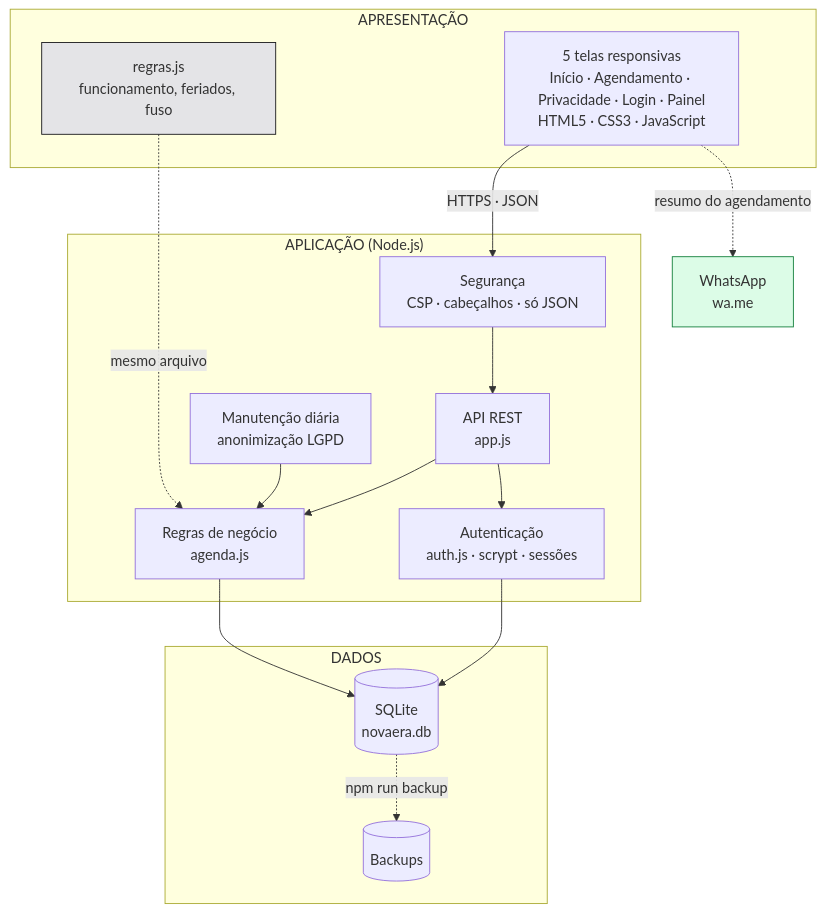
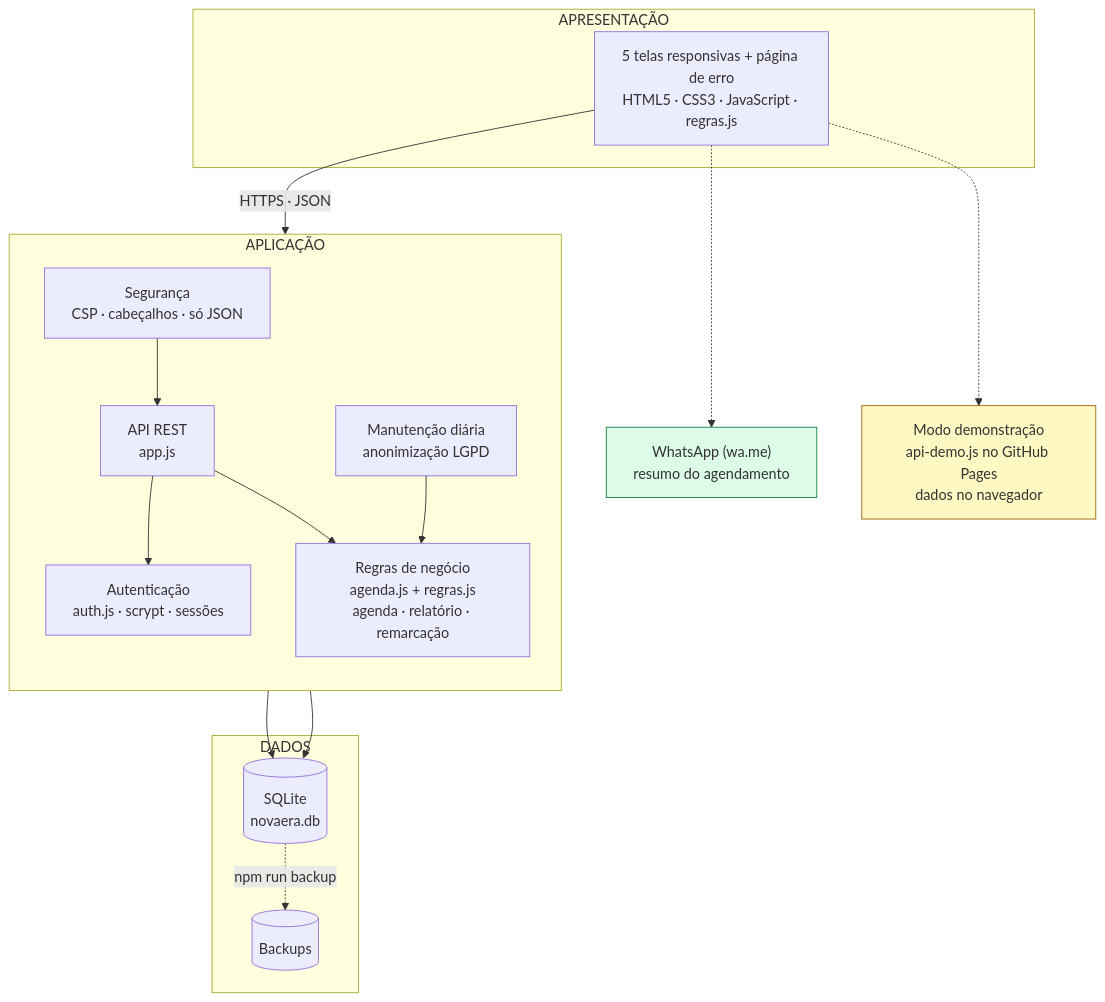
Before and after one commit to GustavoResendeDev/V2.AtividadeEscolar: the diagram in docs/diagramas/fonte/05-arquitetura.mmd, drawn with Mermaid. The commit also changed 69 other files, not shown here.

```diff
--- a/docs/diagramas/fonte/05-arquitetura.mmd
+++ b/docs/diagramas/fonte/05-arquitetura.mmd
@@ -1,29 +1,23 @@
 flowchart TB
   subgraph CL["APRESENTAÇÃO"]
-    TELAS["5 telas responsivas<br/>Início · Agendamento · Privacidade · Login · Painel<br/>HTML5 · CSS3 · JavaScript"]
-    RJ["regras.js<br/>funcionamento, feriados, fuso"]:::comp
+    TELAS["5 telas responsivas + página de erro<br/>HTML5 · CSS3 · JavaScript · regras.js"]
   end
-  subgraph SV["APLICAÇÃO (Node.js)"]
-    SEG["Segurança<br/>CSP · cabeçalhos · só JSON"]
-    ROT["API REST<br/>app.js"]
-    AUT["Autenticação<br/>auth.js · scrypt · sessões"]
-    AG["Regras de negócio<br/>agenda.js"]
-    MAN["Manutenção diária<br/>anonimização LGPD"]
+  subgraph SV["APLICAÇÃO"]
+    direction TB
+    SEG["Segurança<br/>CSP · cabeçalhos · só JSON"] --> ROT["API REST<br/>app.js"]
+    ROT --> AUT["Autenticação<br/>auth.js · scrypt · sessões"]
+    ROT --> AG["Regras de negócio<br/>agenda.js + regras.js<br/>agenda · relatório · remarcação"]
+    MAN["Manutenção diária<br/>anonimização LGPD"] --> AG
   end
   subgraph DB["DADOS"]
-    SQL[("SQLite<br/>novaera.db")]
-    BK[("Backups")]
+    SQL[("SQLite<br/>novaera.db")] -. "npm run backup" .-> BK[("Backups")]
   end
-  WA["WhatsApp<br/>wa.me"]:::ext
+  WA["WhatsApp (wa.me)<br/>resumo do agendamento"]:::ext
+  DEMO["Modo demonstração<br/>api-demo.js no GitHub Pages<br/>dados no navegador"]:::demo
   TELAS -- "HTTPS · JSON" --> SEG
-  SEG --> ROT
-  ROT --> AUT
-  ROT --> AG
-  MAN --> AG
   AUT --> SQL
   AG --> SQL
-  SQL -. "npm run backup" .-> BK
-  TELAS -. "resumo do agendamento" .-> WA
-  RJ -. "mesmo arquivo" .-> AG
-  classDef comp fill:#e4e4e7,stroke:#18181b
+  TELAS -.-> WA
+  TELAS -.-> DEMO
   classDef ext fill:#dcfce7,stroke:#15803d
+  classDef demo fill:#fef9c3,stroke:#a16207
```
